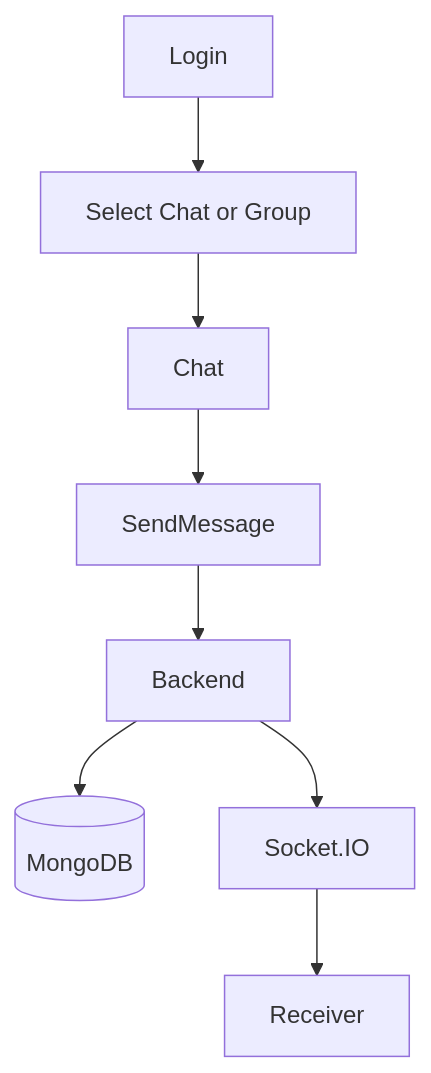
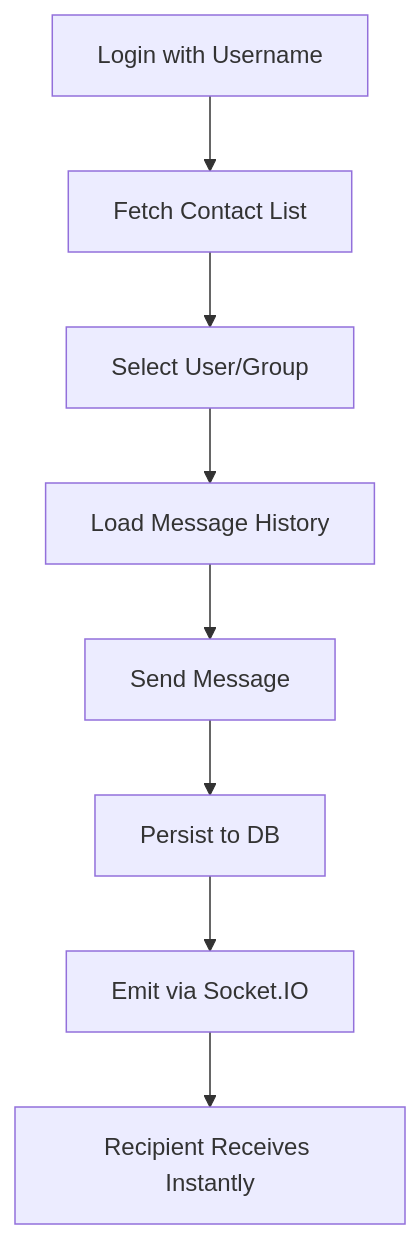
Before and after one commit to prawinkumar2k/whatsapp-web-clone: the second of 3 diagrams in README.md, drawn with Mermaid. The commit also changed other lines of this file, not shown here.

````diff
--- a/README.md
+++ b/README.md
@@ -75,10 +72,10 @@
 ```mermaid
 flowchart TD
-  Login --> SelectThread[Select Chat or Group]
-  SelectThread --> Chat
-  Chat --> SendMessage
-  SendMessage --> Backend
-  Backend --> DB[(MongoDB)]
-  Backend --> Socket[Socket.IO]
-  Socket --> Receiver
+    A[Login with Username] --> B[Fetch Contact List]
+    B --> C[Select User/Group]
+    C --> D[Load Message History]
+    D --> E[Send Message]
+    E --> F[Persist to DB]
+    F --> G[Emit via Socket.IO]
+    G --> H[Recipient Receives Instantly]
 ```
````
